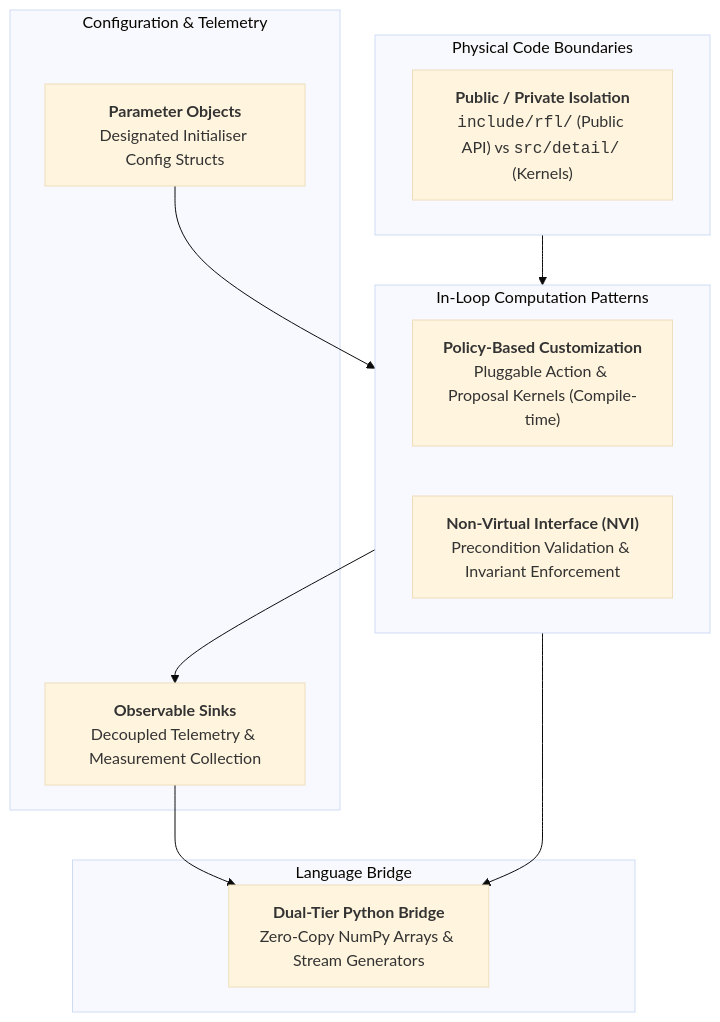
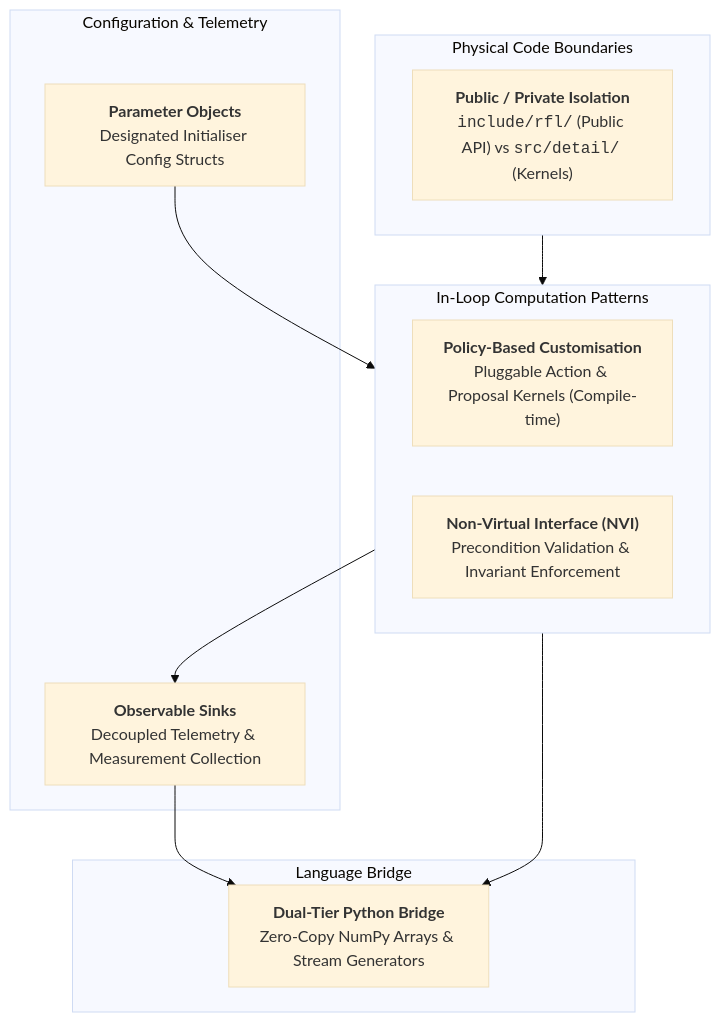
One commit to pauldruce/RFL changed the second of 3 diagrams in docs/Architecture.md. Above: the diagram before and after it, drawn with Mermaid (base theme). The commit also changed other lines of this file and 14 other files, not shown here.

````diff
--- a/docs/Architecture.md
+++ b/docs/Architecture.md
@@ -71,26 +71,26 @@
 ```mermaid
 graph TD
     subgraph Packaging["Physical Code Boundaries"]
         Pitchfork["<b>Public / Private Isolation</b><br/><code>include/rfl/</code> (Public API) vs <code>src/detail/</code> (Kernels)"]
     end
 
     subgraph Computation["In-Loop Computation Patterns"]
-        Policy["<b>Policy-Based Customization</b><br/>Pluggable Action & Proposal Kernels (Compile-time)"]
+        Policy["<b>Policy-Based Customisation</b><br/>Pluggable Action & Proposal Kernels (Compile-time)"]
         NVI["<b>Non-Virtual Interface (NVI)</b><br/>Precondition Validation & Invariant Enforcement"]
     end
 
     subgraph Lifecycle["Configuration & Telemetry"]
         ParamObj["<b>Parameter Objects</b><br/>Designated Initialiser Config Structs"]
         Observer["<b>Observable Sinks</b><br/>Decoupled Telemetry & Measurement Collection"]
     end
 
     subgraph Interop["Language Bridge"]
         Facade["<b>Dual-Tier Python Bridge</b><br/>Zero-Copy NumPy Arrays & Stream Generators"]
     end
 
     Packaging --> Computation
     ParamObj --> Computation
     Computation --> Observer
     Computation --> Facade
     Observer --> Facade
 ```
````
